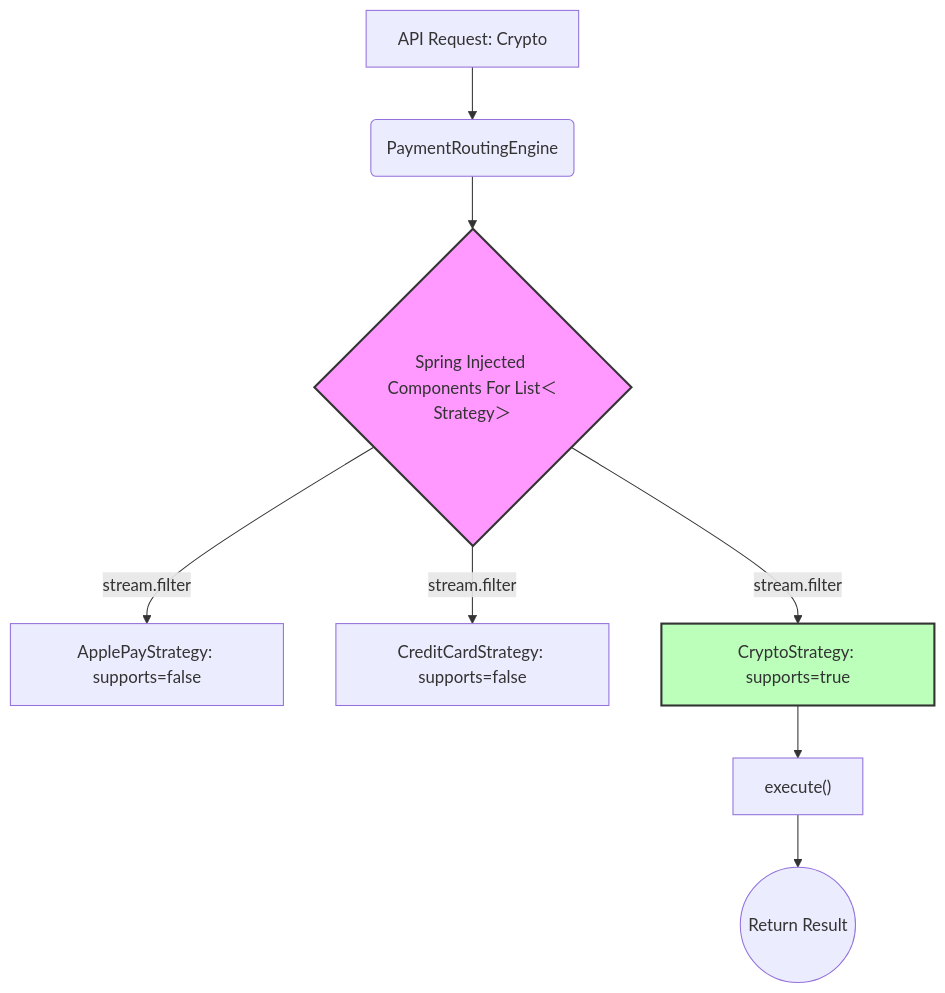
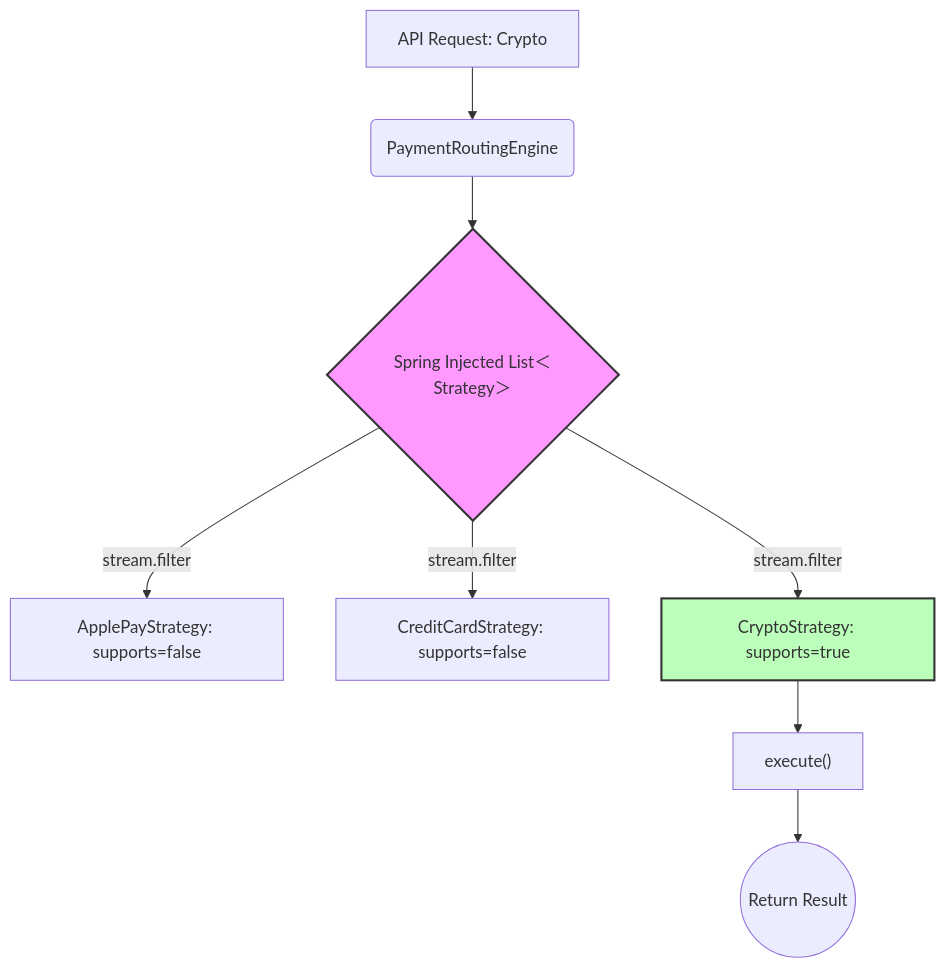
The diagram in content/posts/2.routing_as_first_class_problem.md (tuanhiep/tuanhiep.principal), drawn with Mermaid before and after one commit. The commit also changed other lines of this file, not shown here.

Commit message:
Routing as a First-Class

````diff
--- a/content/posts/2.routing_as_first_class_problem.md
+++ b/content/posts/2.routing_as_first_class_problem.md
@@ -113,13 +113,13 @@
 ```mermaid
 graph TD
     A["API Request: Crypto"] --> B("PaymentRoutingEngine")
-    B --> C{"Spring Injected Components For List＜Strategy＞"}
+    B --> C{"Spring Injected List＜Strategy＞"}
     C -->|"stream.filter"| D["ApplePayStrategy: supports=false"]
     C -->|"stream.filter"| E["CreditCardStrategy: supports=false"]
     C -->|"stream.filter"| F["CryptoStrategy: supports=true"]
     F --> G["execute()"]
     G --> H(("Return Result"))
 
     style C fill:#f9f,stroke:#333,stroke-width:2px
     style F fill:#bfb,stroke:#333,stroke-width:2px
 ```
````
